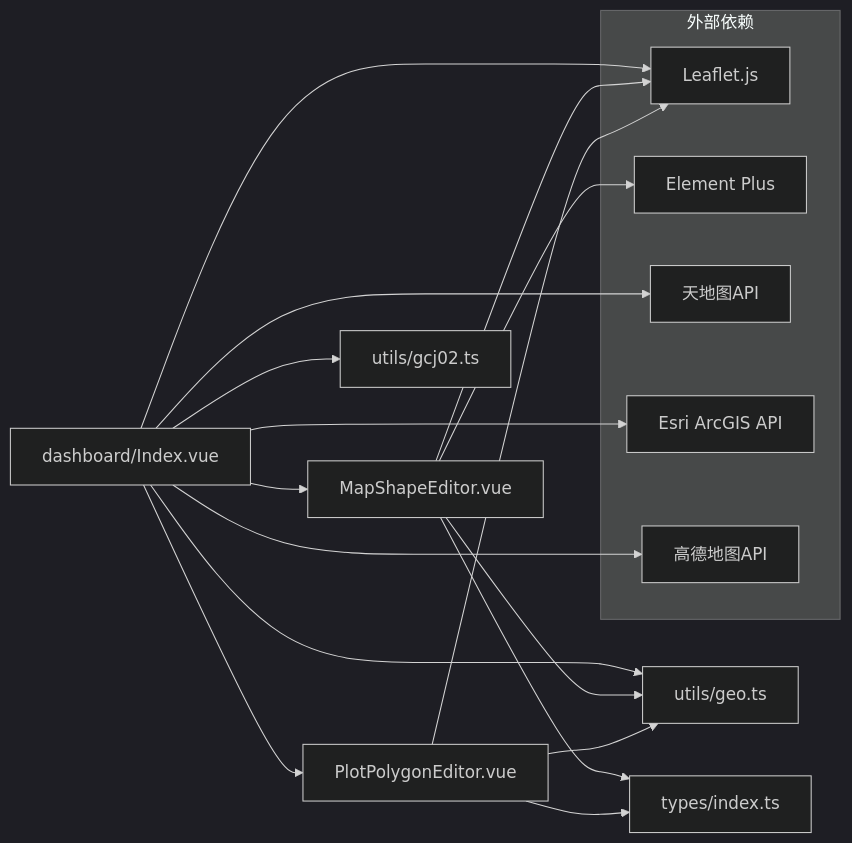
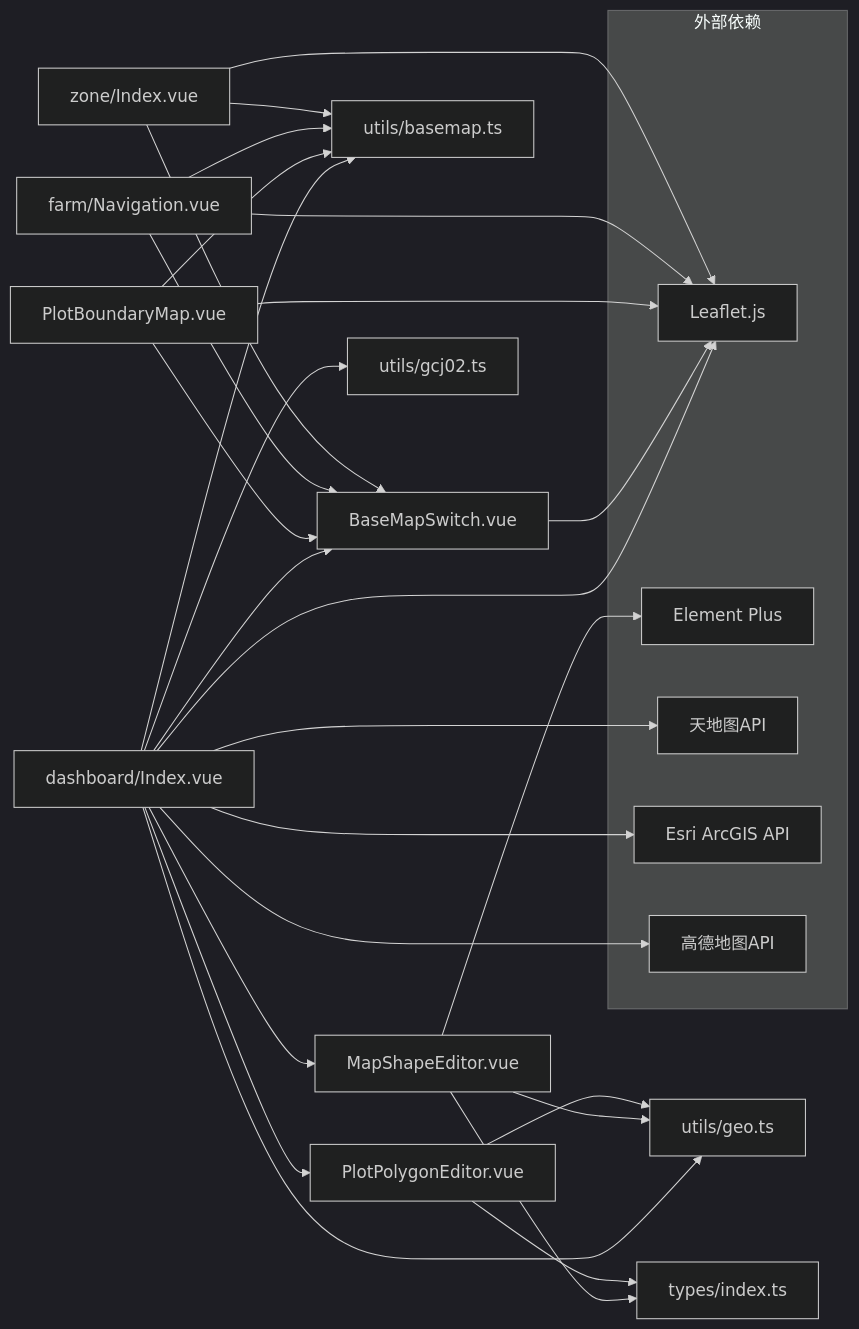
Before and after one commit to q446328246/agri-platform: the ninth of 9 diagrams in .qoder/repowiki/zh/content/前端应用文档/地图可视化.md, drawn with Mermaid (dark theme). The commit also changed other lines of this file and 48 other files, not shown here.

````diff
--- a/.qoder/repowiki/zh/content/前端应用文档/地图可视化.md
+++ b/.qoder/repowiki/zh/content/前端应用文档/地图可视化.md
@@ -360,25 +507,35 @@
 ```mermaid
 graph LR
-Dashboard["dashboard/Index.vue"] --> ShapeEditor["MapShapeEditor.vue"]
+Dashboard["dashboard/Index.vue"] --> BaseMapSwitch["BaseMapSwitch.vue"]
+Dashboard --> BasemapUtils["utils/basemap.ts"]
+Dashboard --> ShapeEditor["MapShapeEditor.vue"]
 Dashboard --> PolygonEditor["PlotPolygonEditor.vue"]
 Dashboard --> GeoUtils["utils/geo.ts"]
 Dashboard --> Gcj02Utils["utils/gcj02.ts"]
+PlotBoundaryMap["PlotBoundaryMap.vue"] --> BaseMapSwitch
+PlotBoundaryMap --> BasemapUtils
+Navigation["farm/Navigation.vue"] --> BaseMapSwitch
+Navigation --> BasemapUtils
+ZoneIndex["zone/Index.vue"] --> BaseMapSwitch
+ZoneIndex --> BasemapUtils
 ShapeEditor --> GeoUtils
 ShapeEditor --> Types["types/index.ts"]
 PolygonEditor --> GeoUtils
 PolygonEditor --> Types
 subgraph "外部依赖"
 Leaflet["Leaflet.js"]
 ElementPlus["Element Plus"]
 TianDiTu["天地图API"]
 Esri["Esri ArcGIS API"]
 Amap["高德地图API"]
 end
 Dashboard --> Leaflet
-ShapeEditor --> Leaflet
-PolygonEditor --> Leaflet
+BaseMapSwitch --> Leaflet
+PlotBoundaryMap --> Leaflet
+Navigation --> Leaflet
+ZoneIndex --> Leaflet
 Dashboard --> TianDiTu
 Dashboard --> Esri
 Dashboard --> Amap
 ShapeEditor --> ElementPlus
 ```
````
